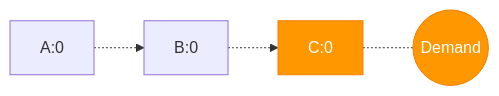
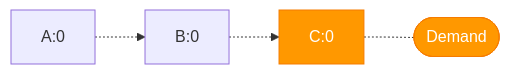
One commit to duckstring-dev/duckstring changed the fourth of 43 diagrams in docs/guide/theory.md. Above: the diagram before and after it, drawn with Mermaid. The commit also changed other lines of this file, not shown here.

````diff
--- a/docs/guide/theory.md
+++ b/docs/guide/theory.md
@@ -154,10 +154,10 @@
     ```mermaid
     flowchart LR
         classDef running fill:#2196F3,stroke:#1976D2,color:#fff;
         classDef queued fill:#FF9800,stroke:#F57C00,color:#fff;
         classDef demanded fill:#4CAF50,stroke:#388E3C,color:#fff;
 
         A[A:0] .-> B[B:0]
         B .-> C[C:0]:::queued
-        C <.- D((Demand)):::queued
+        C <.- D([Demand]):::queued
     ```
````
